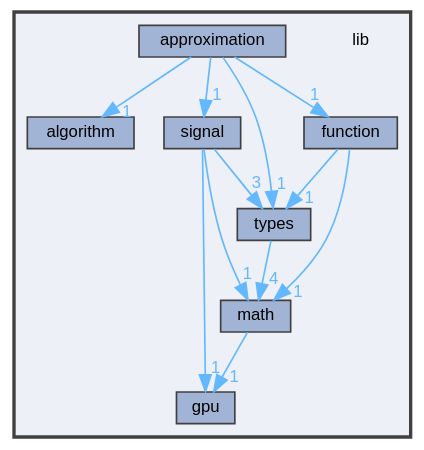
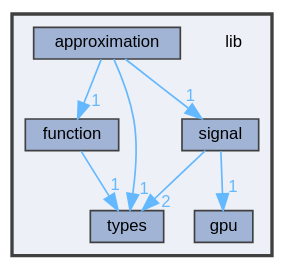
Before and after one commit to pawelekg95/algopp: the diagram in dir_97aefd0d527b934f1d99a682da8fe6a9_dep.dot, drawn with Graphviz. The commit also changed 257 other files, not shown here.

```diff
--- a/dir_97aefd0d527b934f1d99a682da8fe6a9_dep.dot
+++ b/dir_97aefd0d527b934f1d99a682da8fe6a9_dep.dot
@@ -1,30 +1,23 @@
 digraph "lib"
 {
  // LATEX_PDF_SIZE
   bgcolor="transparent";
   edge [fontname=Helvetica,fontsize=10,labelfontname=Helvetica,labelfontsize=10];
   node [fontname=Helvetica,fontsize=10,shape=box,height=0.2,width=0.4];
   compound=true
   subgraph clusterdir_97aefd0d527b934f1d99a682da8fe6a9 {
     graph [ bgcolor="#edf0f7", pencolor="grey25", label="", fontname=Helvetica,fontsize=10 style="filled,bold", URL="dir_97aefd0d527b934f1d99a682da8fe6a9.html",tooltip=""]
     dir_97aefd0d527b934f1d99a682da8fe6a9 [shape=plaintext, label="lib"];
-  dir_f5dd86dbd9583e7b6fc3983d3949da68 [label="algorithm", fillcolor="#a2b4d6", color="grey25", style="filled", URL="dir_f5dd86dbd9583e7b6fc3983d3949da68.html",tooltip=""];
   dir_f4f6abf580949af0987efb2b5288cd6d [label="approximation", fillcolor="#a2b4d6", color="grey25", style="filled", URL="dir_f4f6abf580949af0987efb2b5288cd6d.html",tooltip=""];
   dir_3b39e246e957d89ef5380b11409e8380 [label="function", fillcolor="#a2b4d6", color="grey25", style="filled", URL="dir_3b39e246e957d89ef5380b11409e8380.html",tooltip=""];
   dir_b435b034dd8bd1dd5023912936717b85 [label="gpu", fillcolor="#a2b4d6", color="grey25", style="filled", URL="dir_b435b034dd8bd1dd5023912936717b85.html",tooltip=""];
-  dir_a36354df93aef5eec904487b77fa4fab [label="math", fillcolor="#a2b4d6", color="grey25", style="filled", URL="dir_a36354df93aef5eec904487b77fa4fab.html",tooltip=""];
   dir_85595cb542db97c92303133db6d9ba0a [label="signal", fillcolor="#a2b4d6", color="grey25", style="filled", URL="dir_85595cb542db97c92303133db6d9ba0a.html",tooltip=""];
   dir_560694f03ee5bf1136d79e4f1ca1ca37 [label="types", fillcolor="#a2b4d6", color="grey25", style="filled", URL="dir_560694f03ee5bf1136d79e4f1ca1ca37.html",tooltip=""];
   }
-  dir_f4f6abf580949af0987efb2b5288cd6d->dir_560694f03ee5bf1136d79e4f1ca1ca37 [headlabel="1", labeldistance=1.5 headhref="dir_000002_000028.html" color="steelblue1" fontcolor="steelblue1"];
-  dir_f4f6abf580949af0987efb2b5288cd6d->dir_f5dd86dbd9583e7b6fc3983d3949da68 [headlabel="1", labeldistance=1.5 headhref="dir_000002_000000.html" color="steelblue1" fontcolor="steelblue1"];
-  dir_f4f6abf580949af0987efb2b5288cd6d->dir_3b39e246e957d89ef5380b11409e8380 [headlabel="1", labeldistance=1.5 headhref="dir_000002_000011.html" color="steelblue1" fontcolor="steelblue1"];
-  dir_f4f6abf580949af0987efb2b5288cd6d->dir_85595cb542db97c92303133db6d9ba0a [headlabel="1", labeldistance=1.5 headhref="dir_000002_000025.html" color="steelblue1" fontcolor="steelblue1"];
-  dir_3b39e246e957d89ef5380b11409e8380->dir_a36354df93aef5eec904487b77fa4fab [headlabel="1", labeldistance=1.5 headhref="dir_000011_000023.html" color="steelblue1" fontcolor="steelblue1"];
-  dir_3b39e246e957d89ef5380b11409e8380->dir_560694f03ee5bf1136d79e4f1ca1ca37 [headlabel="1", labeldistance=1.5 headhref="dir_000011_000028.html" color="steelblue1" fontcolor="steelblue1"];
-  dir_a36354df93aef5eec904487b77fa4fab->dir_b435b034dd8bd1dd5023912936717b85 [headlabel="1", labeldistance=1.5 headhref="dir_000023_000013.html" color="steelblue1" fontcolor="steelblue1"];
-  dir_85595cb542db97c92303133db6d9ba0a->dir_a36354df93aef5eec904487b77fa4fab [headlabel="1", labeldistance=1.5 headhref="dir_000025_000023.html" color="steelblue1" fontcolor="steelblue1"];
-  dir_85595cb542db97c92303133db6d9ba0a->dir_b435b034dd8bd1dd5023912936717b85 [headlabel="1", labeldistance=1.5 headhref="dir_000025_000013.html" color="steelblue1" fontcolor="steelblue1"];
-  dir_85595cb542db97c92303133db6d9ba0a->dir_560694f03ee5bf1136d79e4f1ca1ca37 [headlabel="3", labeldistance=1.5 headhref="dir_000025_000028.html" color="steelblue1" fontcolor="steelblue1"];
-  dir_560694f03ee5bf1136d79e4f1ca1ca37->dir_a36354df93aef5eec904487b77fa4fab [headlabel="4", labeldistance=1.5 headhref="dir_000028_000023.html" color="steelblue1" fontcolor="steelblue1"];
+  dir_f4f6abf580949af0987efb2b5288cd6d->dir_560694f03ee5bf1136d79e4f1ca1ca37 [headlabel="1", labeldistance=1.5 headhref="dir_000000_000020.html" color="steelblue1" fontcolor="steelblue1"];
+  dir_f4f6abf580949af0987efb2b5288cd6d->dir_3b39e246e957d89ef5380b11409e8380 [headlabel="1", labeldistance=1.5 headhref="dir_000000_000007.html" color="steelblue1" fontcolor="steelblue1"];
+  dir_f4f6abf580949af0987efb2b5288cd6d->dir_85595cb542db97c92303133db6d9ba0a [headlabel="1", labeldistance=1.5 headhref="dir_000000_000017.html" color="steelblue1" fontcolor="steelblue1"];
+  dir_3b39e246e957d89ef5380b11409e8380->dir_560694f03ee5bf1136d79e4f1ca1ca37 [headlabel="1", labeldistance=1.5 headhref="dir_000007_000020.html" color="steelblue1" fontcolor="steelblue1"];
+  dir_85595cb542db97c92303133db6d9ba0a->dir_b435b034dd8bd1dd5023912936717b85 [headlabel="1", labeldistance=1.5 headhref="dir_000017_000009.html" color="steelblue1" fontcolor="steelblue1"];
+  dir_85595cb542db97c92303133db6d9ba0a->dir_560694f03ee5bf1136d79e4f1ca1ca37 [headlabel="2", labeldistance=1.5 headhref="dir_000017_000020.html" color="steelblue1" fontcolor="steelblue1"];
 }
```
